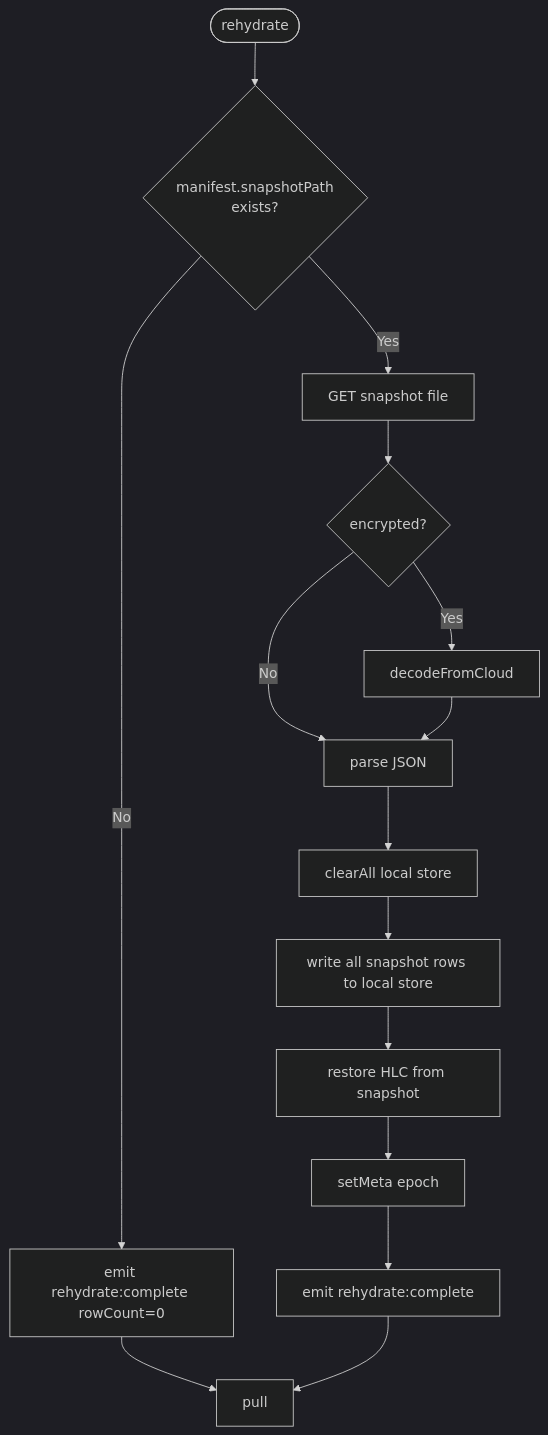
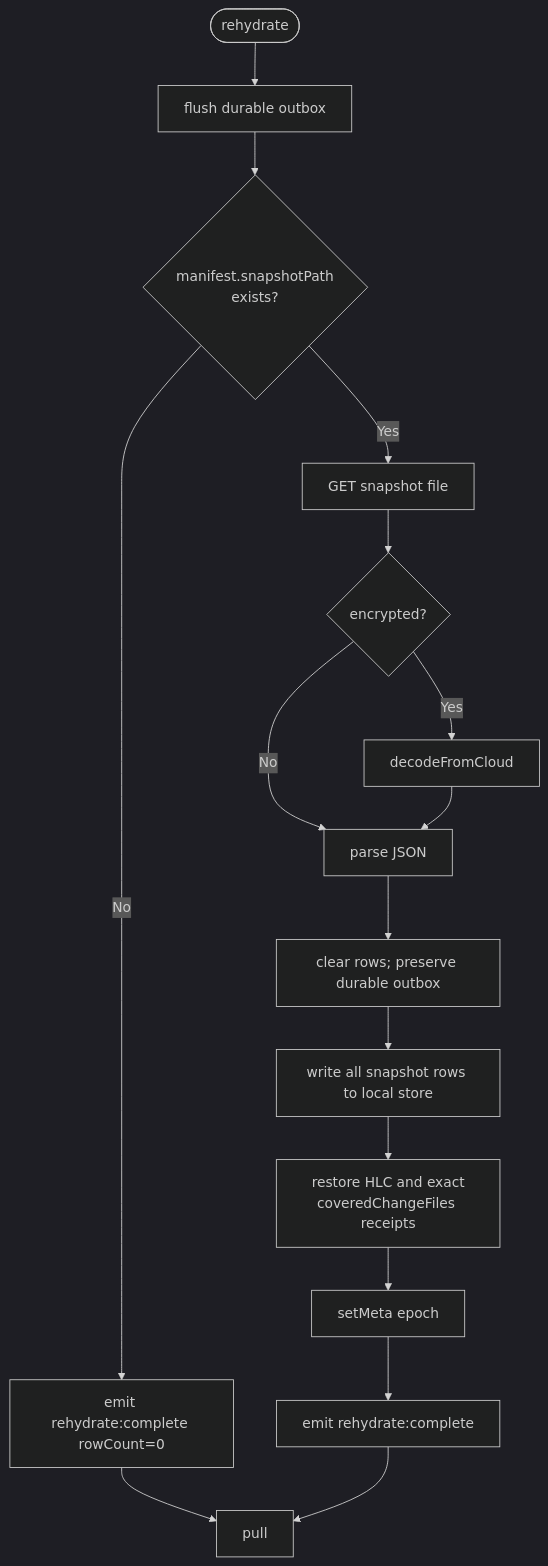
Before and after one commit to Machine-Garden/interocitor: the sixth of 7 diagrams in docs/flows.md, drawn with Mermaid (dark theme). The commit also changed other lines of this file and 49 other files, not shown here.

````diff
--- a/docs/flows.md
+++ b/docs/flows.md
@@ -231,17 +213,18 @@
 ```mermaid
 flowchart TD
-    A([rehydrate]) --> B{manifest.snapshotPath\nexists?}
+    A([rehydrate]) --> A1[flush durable outbox]
+    A1 --> B{manifest.snapshotPath\nexists?}
     B -- No --> C[emit rehydrate:complete rowCount=0]
     C --> D[pull]
     B -- Yes --> E[GET snapshot file]
     E --> F{encrypted?}
     F -- Yes --> G[decodeFromCloud]
     F -- No --> H[parse JSON]
     G --> H
-    H --> I[clearAll local store]
+    H --> I[clear rows; preserve durable outbox]
     I --> J[write all snapshot rows to local store]
-    J --> K[restore HLC from snapshot]
+    J --> K[restore HLC and exact\ncoveredChangeFiles receipts]
     K --> L[setMeta epoch]
     L --> M[emit rehydrate:complete]
     M --> D
 ```
````
